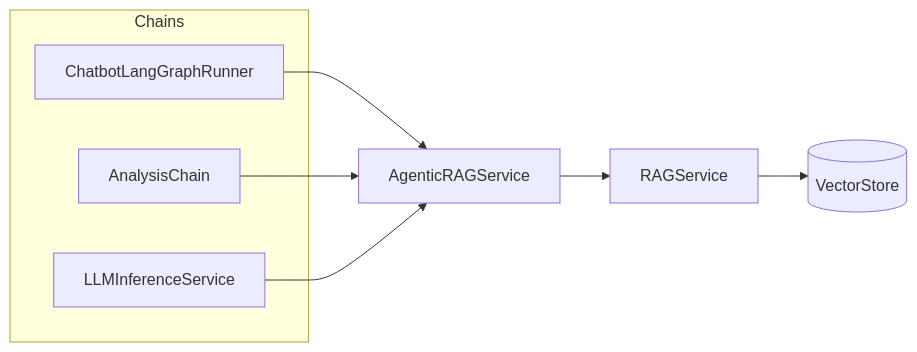
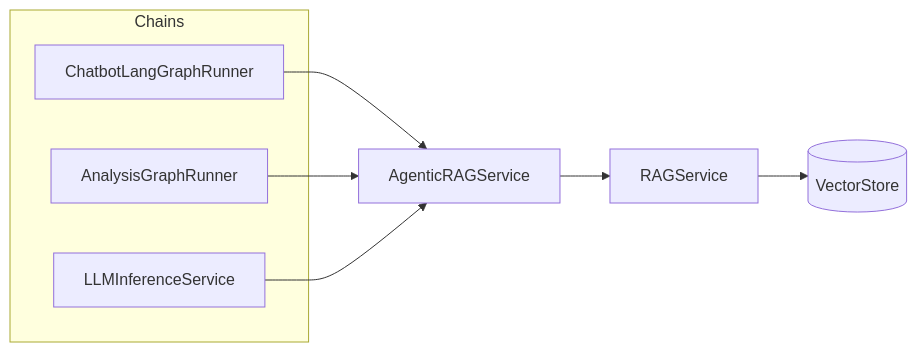
The fourth of 4 diagrams in framework-guide/RAG整体实现技术说明.md (gaocf888/models_app_framework), drawn with Mermaid before and after one commit. The commit also changed other lines of this file and 39 other files, not shown here.

````diff
--- a/framework-guide/RAG整体实现技术说明.md
+++ b/framework-guide/RAG整体实现技术说明.md
@@ -686,17 +686,17 @@
 ```mermaid
 flowchart LR
     subgraph Chains
         CC[ChatbotLangGraphRunner]
-        AC[AnalysisChain]
+        AC[AnalysisGraphRunner]
         LIC[LLMInferenceService]
     end
     ARS[AgenticRAGService]
     RS[RAGService]
     VS[(VectorStore)]
 
     CC --> ARS
     AC --> ARS
     LIC --> ARS
     ARS --> RS
     RS --> VS
 ```
````
